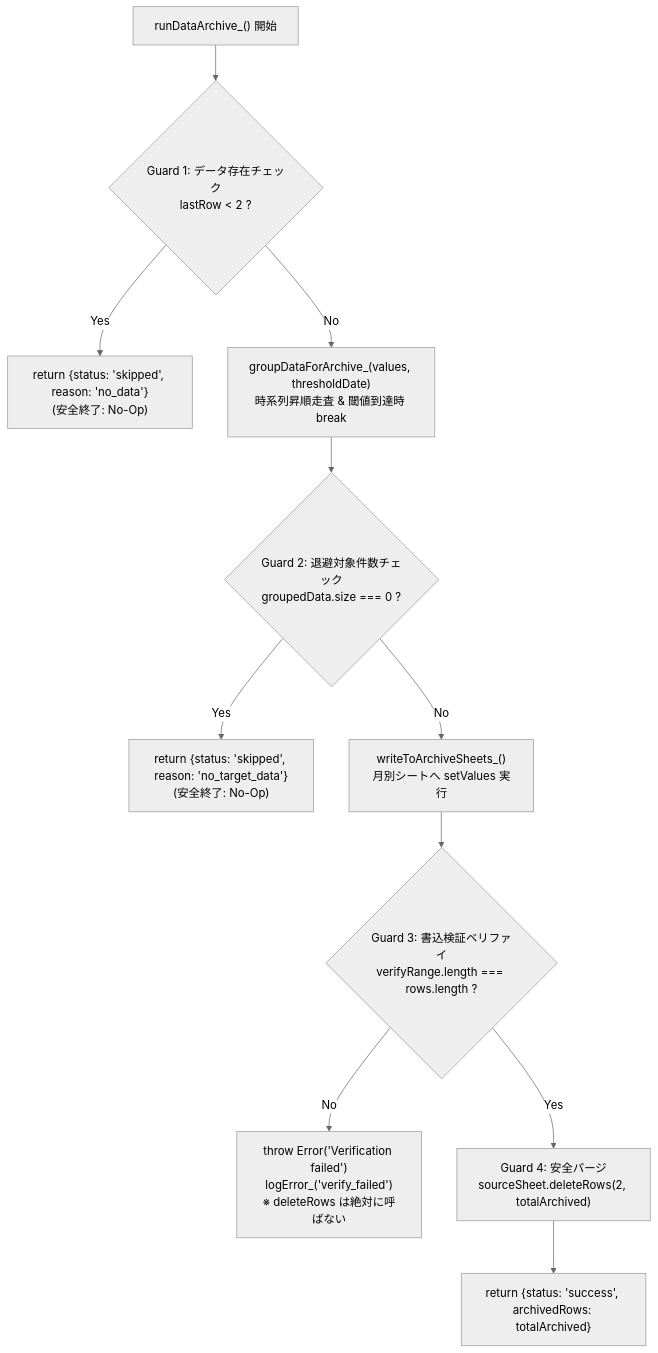
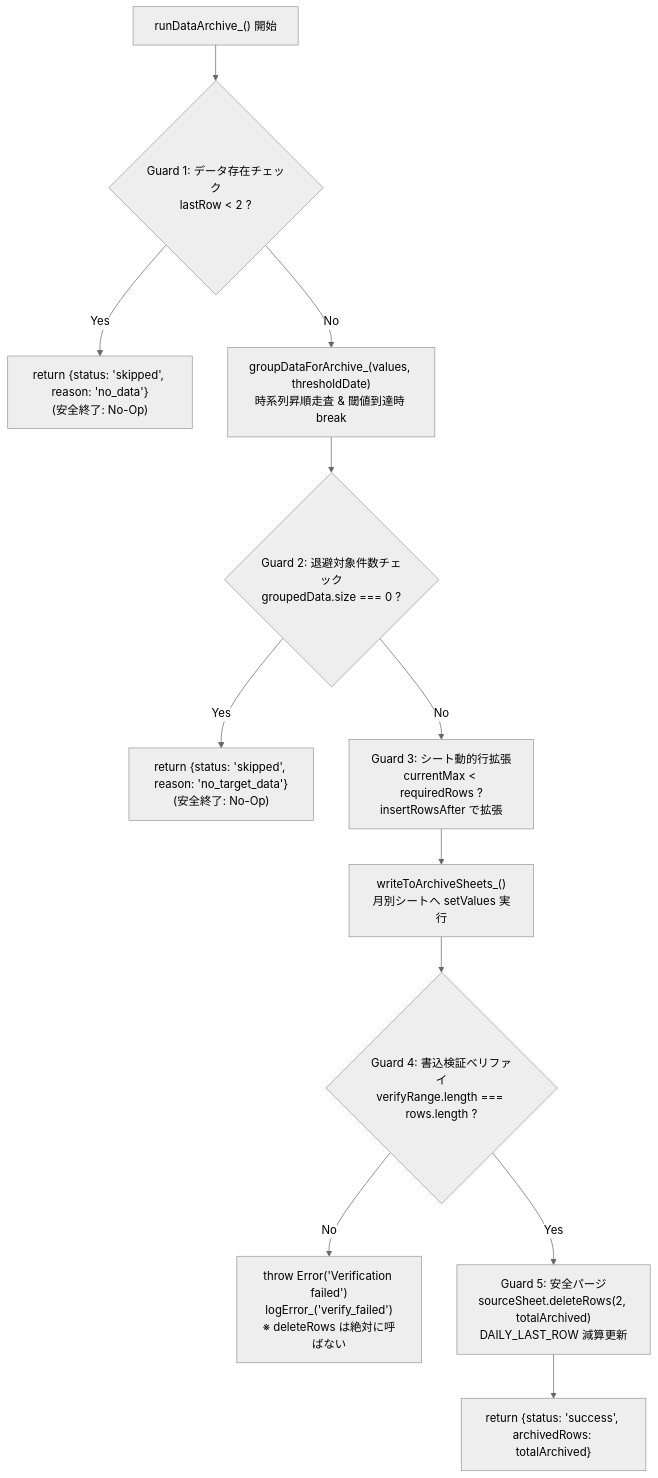
Before and after one commit to tahosook/esp-bme280-gas-logger: the second of 3 diagrams in docs/specs/data-lifecycle-and-aggregation.md, drawn with Mermaid (neutral theme). The commit also changed other lines of this file and 13 other files, not shown here.

Commit message:
feat(gas): harden data lifecycle, archive row expansion, and trigger diagnostics

````diff
--- a/docs/specs/data-lifecycle-and-aggregation.md
+++ b/docs/specs/data-lifecycle-and-aggregation.md
@@ -180,15 +181,17 @@
 ```mermaid
 flowchart TD
     START["runDataArchive_() 開始"] --> G1{"Guard 1: データ存在チェック<br/>lastRow < 2 ?"}
     G1 -- Yes --> SKIP1["return {status: 'skipped', reason: 'no_data'}<br/>(安全終了: No-Op)"]
     G1 -- No --> GROUP["groupDataForArchive_(values, thresholdDate)<br/>時系列昇順走査 & 閾値到達時 break"]
 
     GROUP --> G2{"Guard 2: 退避対象件数チェック<br/>groupedData.size === 0 ?"}
     G2 -- Yes --> SKIP2["return {status: 'skipped', reason: 'no_target_data'}<br/>(安全終了: No-Op)"]
-    G2 -- No --> WRITE["writeToArchiveSheets_()<br/>月別シートへ setValues 実行"]
+    G2 -- No --> EXPAND["Guard 3: シート動的行拡張<br/>currentMax < requiredRows ?<br/>insertRowsAfter で拡張"]
 
-    WRITE --> G3{"Guard 3: 書込検証ベリファイ<br/>verifyRange.length === rows.length ?"}
-    G3 -- No --> ERR["throw Error('Verification failed')<br/>logError_('verify_failed')<br/>※ deleteRows は絶対に呼ばない"]
-    G3 -- Yes --> PURGE["Guard 4: 安全パージ<br/>sourceSheet.deleteRows(2, totalArchived)"]
+    EXPAND --> WRITE["writeToArchiveSheets_()<br/>月別シートへ setValues 実行"]
+
+    WRITE --> G4{"Guard 4: 書込検証ベリファイ<br/>verifyRange.length === rows.length ?"}
+    G4 -- No --> ERR["throw Error('Verification failed')<br/>logError_('verify_failed')<br/>※ deleteRows は絶対に呼ばない"]
+    G4 -- Yes --> PURGE["Guard 5: 安全パージ<br/>sourceSheet.deleteRows(2, totalArchived)<br/>DAILY_LAST_ROW 減算更新"]
     PURGE --> DONE["return {status: 'success', archivedRows: totalArchived}"]
 ```
````
